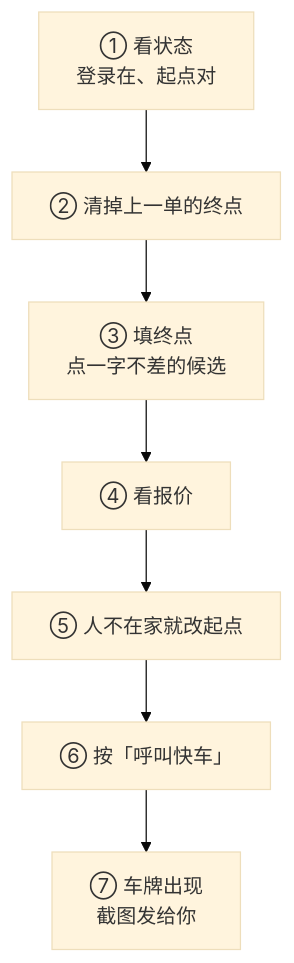
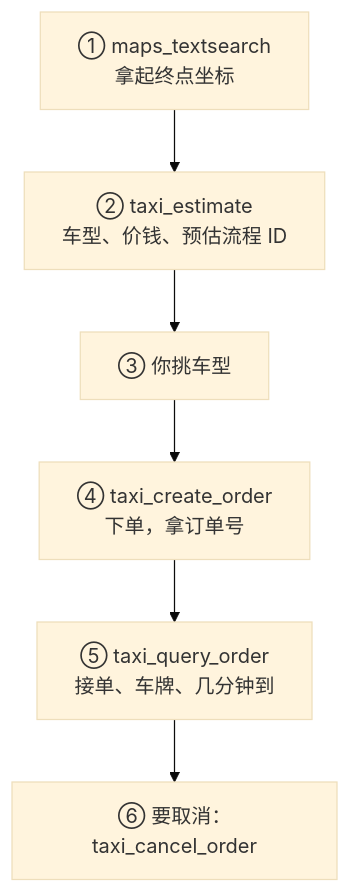
The second of 2 diagrams in README.md (Aria-duet/ai-calls-a-taxi), drawn with Mermaid (base theme) before and after one commit. The commit also changed other lines of this file, not shown here.

````diff
--- a/README.md
+++ b/README.md
@@ -88,9 +57,8 @@
 ```mermaid
 flowchart TD
-    S1["① 看状态<br/>登录在、起点对"] --> S2["② 清掉上一单的终点"]
-    S2 --> S3["③ 填终点<br/>点一字不差的候选"]
-    S3 --> S4["④ 看报价"]
-    S4 --> S5["⑤ 人不在家就改起点"]
-    S5 --> S6["⑥ 按「呼叫快车」"]
-    S6 --> S7["⑦ 车牌出现<br/>截图发给你"]
+    S1["① maps_textsearch<br/>拿起终点坐标"] --> S2["② taxi_estimate<br/>车型、价钱、预估流程 ID"]
+    S2 --> S3["③ 你挑车型"]
+    S3 --> S4["④ taxi_create_order<br/>下单，拿订单号"]
+    S4 --> S5["⑤ taxi_query_order<br/>接单、车牌、几分钟到"]
+    S5 --> S6["⑥ 要取消：taxi_cancel_order"]
 ```
````
